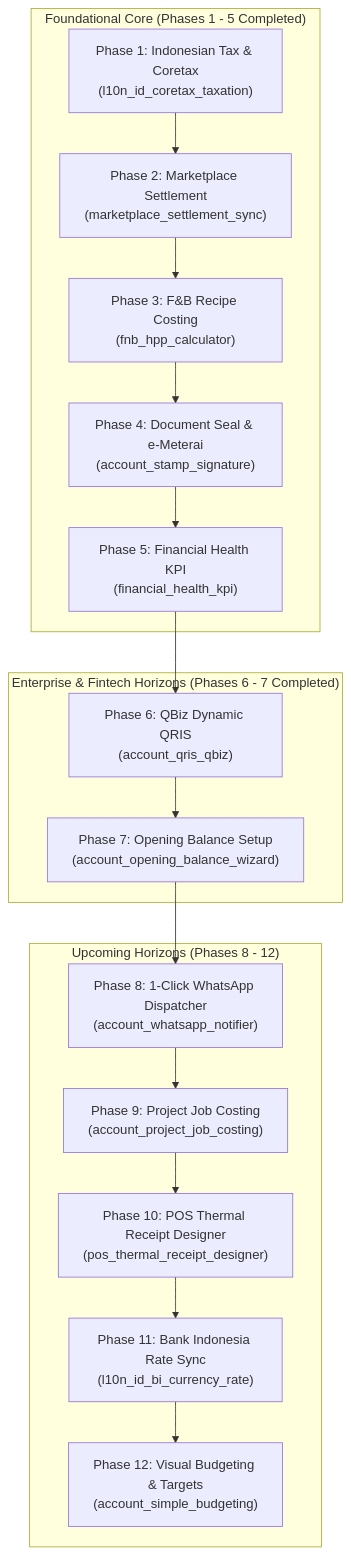
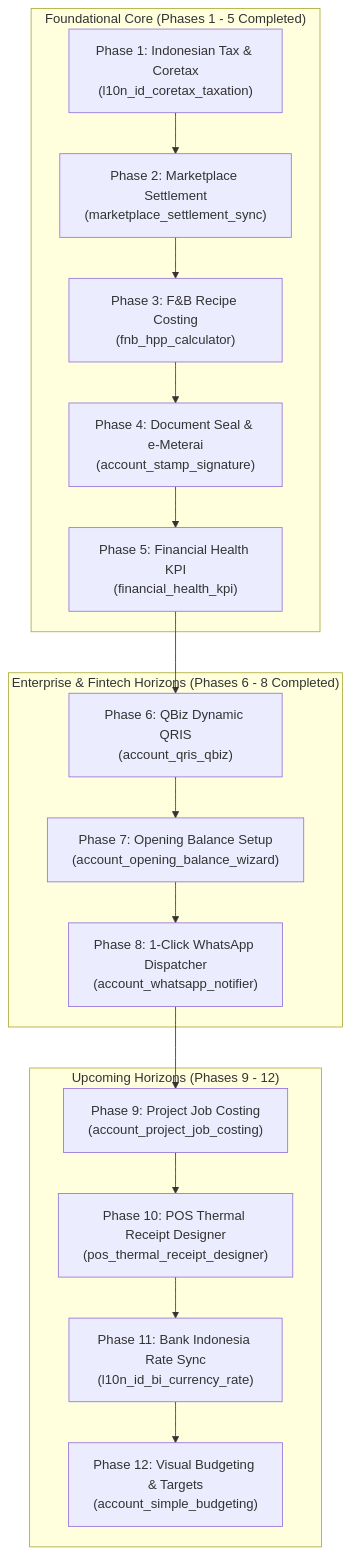
The diagram in AGENTS.md (Mango-Teknusa-Inovasi/odoo-financial-suite), drawn with Mermaid before and after one commit. The commit also changed other lines of this file and 29 other files, not shown here.

Commit message:
feat(whatsapp): implement Phase 8 WhatsApp Finance Notifier with GOWA and Meta Cloud API support

````diff
--- a/AGENTS.md
+++ b/AGENTS.md
@@ -31,26 +31,26 @@
 ```mermaid
 flowchart TD
     subgraph Foundation ["Foundational Core (Phases 1 - 5 Completed)"]
         P1["Phase 1: Indonesian Tax & Coretax<br/>(l10n_id_coretax_taxation)"]
         P2["Phase 2: Marketplace Settlement<br/>(marketplace_settlement_sync)"]
         P3["Phase 3: F&B Recipe Costing<br/>(fnb_hpp_calculator)"]
         P4["Phase 4: Document Seal & e-Meterai<br/>(account_stamp_signature)"]
         P5["Phase 5: Financial Health KPI<br/>(financial_health_kpi)"]
         P1 --> P2 --> P3 --> P4 --> P5
     end
 
-    subgraph Expansion ["Enterprise & Fintech Horizons (Phases 6 - 7 Completed)"]
+    subgraph Expansion ["Enterprise & Fintech Horizons (Phases 6 - 8 Completed)"]
         P6["Phase 6: QBiz Dynamic QRIS<br/>(account_qris_qbiz)"]
         P7["Phase 7: Opening Balance Setup<br/>(account_opening_balance_wizard)"]
-        P5 --> P6 --> P7
+        P8["Phase 8: 1-Click WhatsApp Dispatcher<br/>(account_whatsapp_notifier)"]
+        P5 --> P6 --> P7 --> P8
     end
 
-    subgraph Upcoming ["Upcoming Horizons (Phases 8 - 12)"]
-        P8["Phase 8: 1-Click WhatsApp Dispatcher<br/>(account_whatsapp_notifier)"]
+    subgraph Upcoming ["Upcoming Horizons (Phases 9 - 12)"]
         P9["Phase 9: Project Job Costing<br/>(account_project_job_costing)"]
         P10["Phase 10: POS Thermal Receipt Designer<br/>(pos_thermal_receipt_designer)"]
         P11["Phase 11: Bank Indonesia Rate Sync<br/>(l10n_id_bi_currency_rate)"]
         P12["Phase 12: Visual Budgeting & Targets<br/>(account_simple_budgeting)"]
-        P7 --> P8 --> P9 --> P10 --> P11 --> P12
+        P8 --> P9 --> P10 --> P11 --> P12
     end
 ```
````
